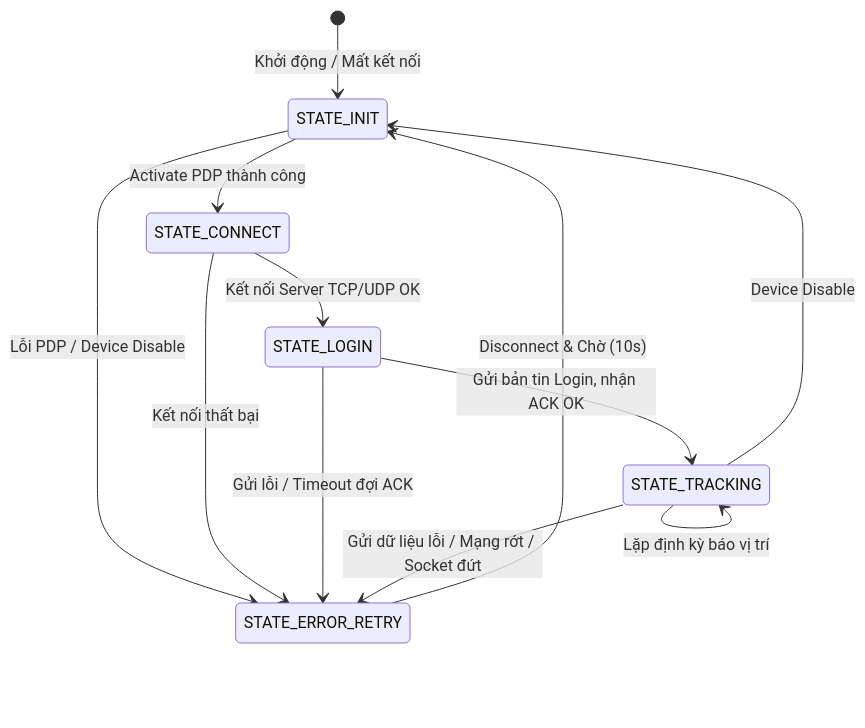
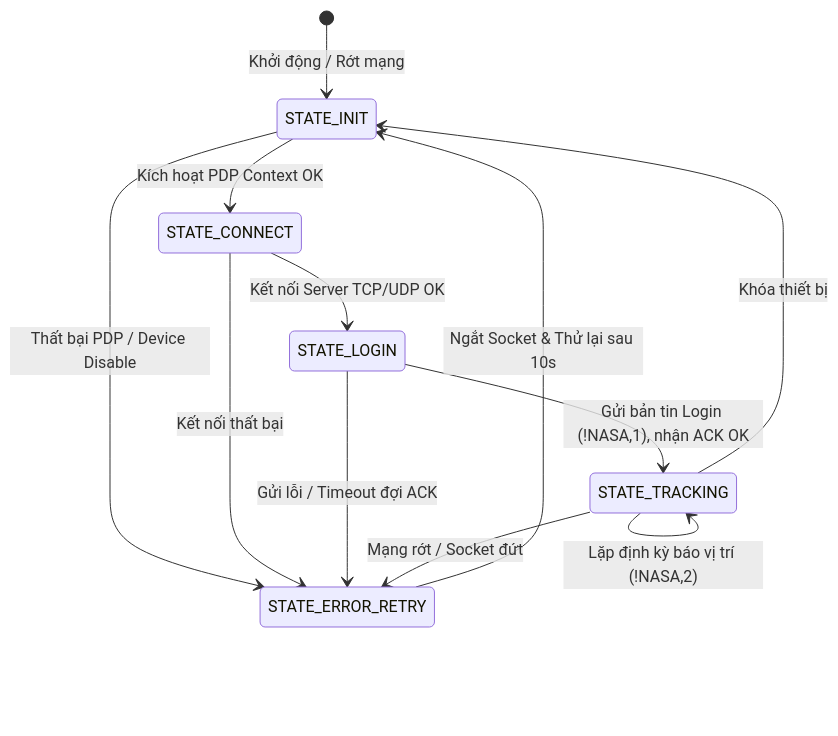
One commit to thanhsmail/NASA-TRACKING-A7677S changed the second of 3 diagrams in NASA_Tracking_Analysis.md. Above: the diagram before and after it, drawn with Mermaid. The commit also changed other lines of this file and 452 other files, not shown here.

````diff
--- a/NASA_Tracking_Analysis.md
+++ b/NASA_Tracking_Analysis.md
@@ -28,19 +97,19 @@
 ```mermaid
 stateDiagram-v2
-    [*] --> STATE_INIT : Khởi động / Mất kết nối
+    [*] --> STATE_INIT : Khởi động / Rớt mạng
     
-    STATE_INIT --> STATE_CONNECT : Activate PDP thành công
-    STATE_INIT --> STATE_ERROR_RETRY : Lỗi PDP / Device Disable
+    STATE_INIT --> STATE_CONNECT : Kích hoạt PDP Context OK
+    STATE_INIT --> STATE_ERROR_RETRY : Thất bại PDP / Device Disable
     
     STATE_CONNECT --> STATE_LOGIN : Kết nối Server TCP/UDP OK
     STATE_CONNECT --> STATE_ERROR_RETRY : Kết nối thất bại
     
-    STATE_LOGIN --> STATE_TRACKING : Gửi bản tin Login, nhận ACK OK
+    STATE_LOGIN --> STATE_TRACKING : Gửi bản tin Login (!NASA,1), nhận ACK OK
     STATE_LOGIN --> STATE_ERROR_RETRY : Gửi lỗi / Timeout đợi ACK
     
-    STATE_TRACKING --> STATE_TRACKING : Lặp định kỳ báo vị trí
-    STATE_TRACKING --> STATE_ERROR_RETRY : Gửi dữ liệu lỗi / Mạng rớt / Socket đứt
-    STATE_TRACKING --> STATE_INIT : Device Disable
+    STATE_TRACKING --> STATE_TRACKING : Lặp định kỳ báo vị trí (!NASA,2)
+    STATE_TRACKING --> STATE_ERROR_RETRY : Mạng rớt / Socket đứt
+    STATE_TRACKING --> STATE_INIT : Khóa thiết bị
     
-    STATE_ERROR_RETRY --> STATE_INIT : Disconnect & Chờ (10s)
+    STATE_ERROR_RETRY --> STATE_INIT : Ngắt Socket & Thử lại sau 10s
 ```
````
